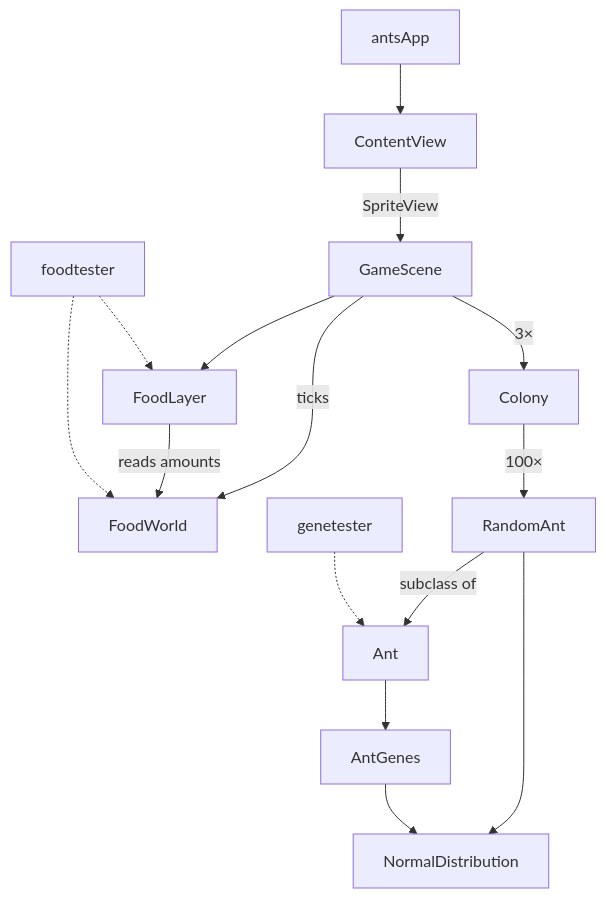
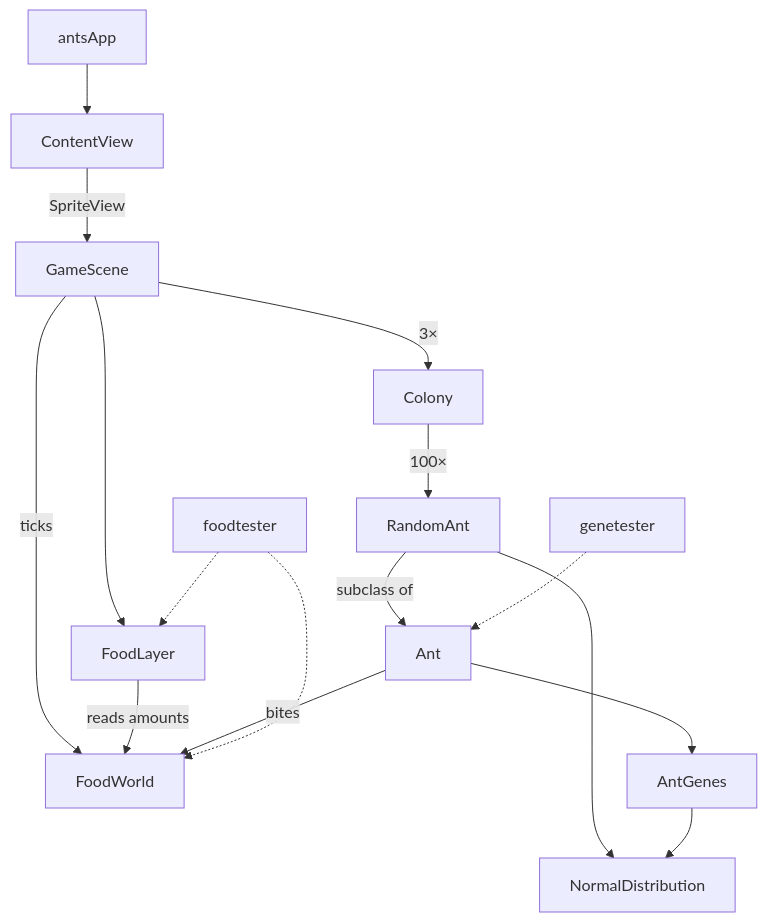
The diagram in README.md (PeteRichardson/ants), drawn with Mermaid before and after one commit. The commit also changed other lines of this file and 5 other files, not shown here.

````diff
--- a/README.md
+++ b/README.md
@@ -164,17 +169,18 @@
 ```mermaid
 graph TD
     antsApp --> ContentView
     ContentView -->|SpriteView| GameScene
     GameScene -->|3×| Colony
     GameScene -->|ticks| FoodWorld
     GameScene --> FoodLayer
     FoodLayer -->|reads amounts| FoodWorld
+    Ant -->|bites| FoodWorld
     Colony -->|100×| RandomAnt
     RandomAnt -->|subclass of| Ant
     Ant --> AntGenes
     RandomAnt --> NormalDistribution
     AntGenes --> NormalDistribution
     genetester -.-> Ant
     foodtester -.-> FoodWorld
     foodtester -.-> FoodLayer
 ```
````
